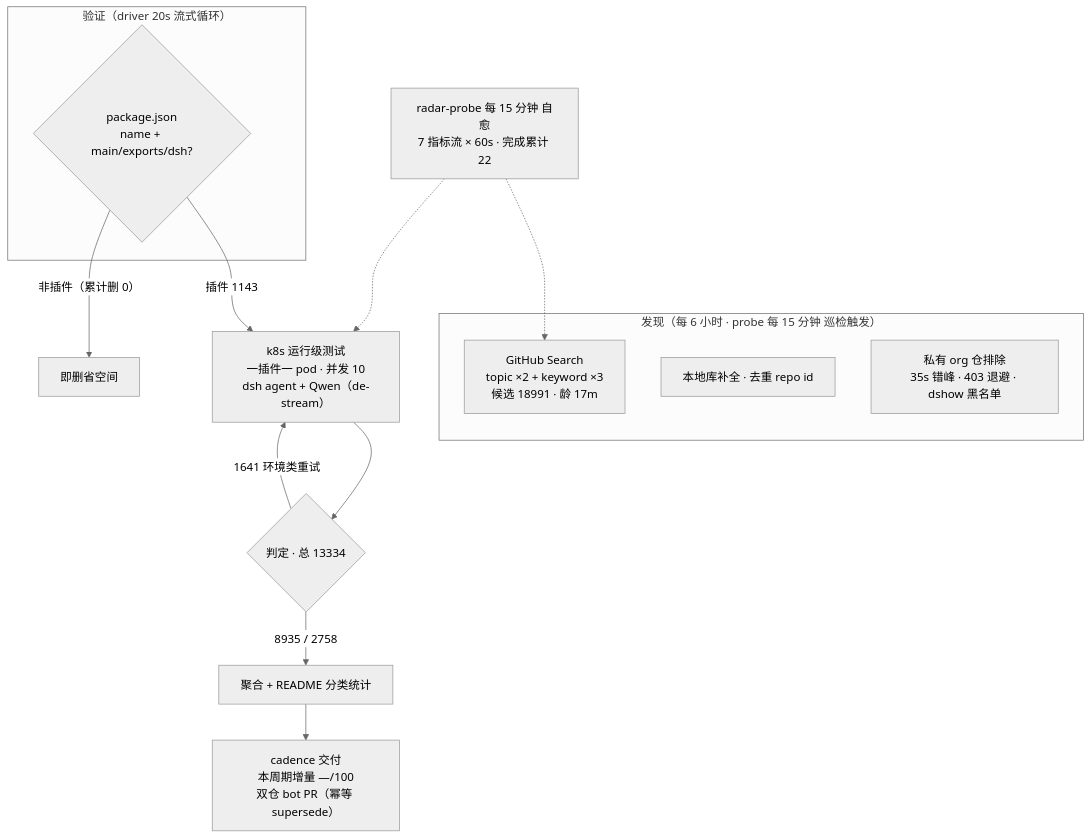
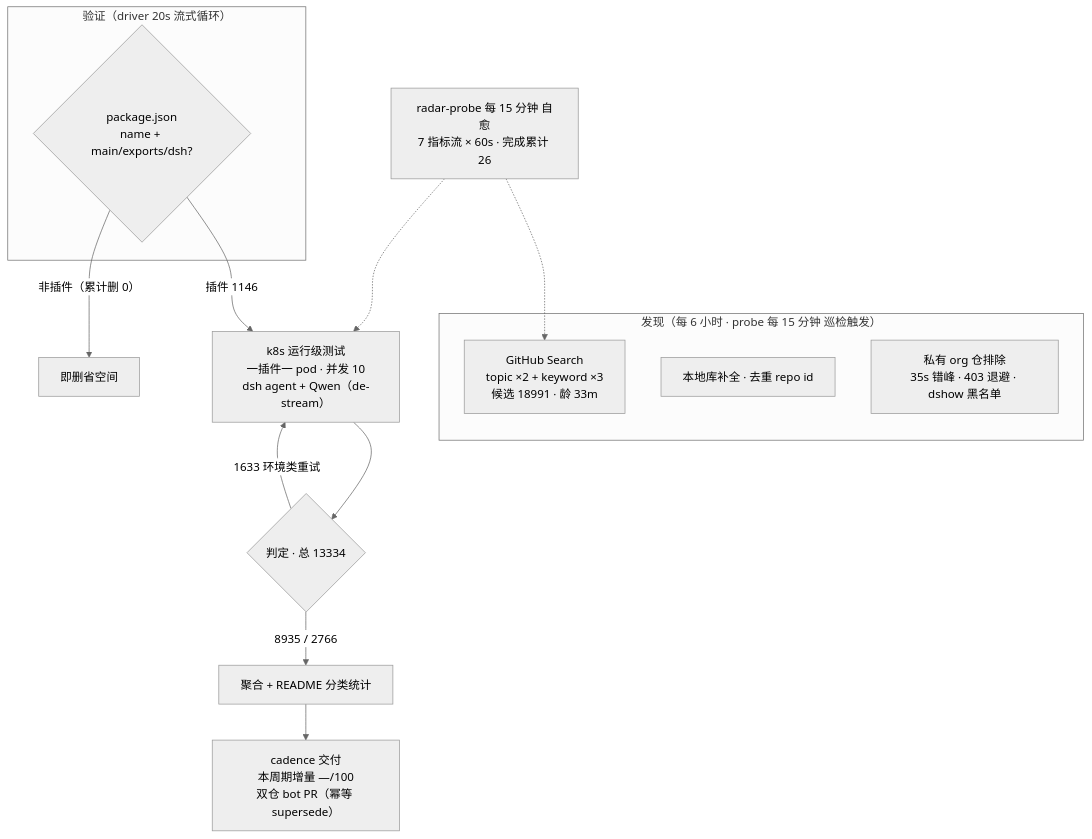
Before and after one commit to Zhidao-Lab-OSS/awesome-dsh-plugins: the diagram in README.md, drawn with Mermaid (neutral theme). The commit also changed other lines of this file and 1 other file, not shown here.

````diff
--- a/README.md
+++ b/README.md
@@ -52,20 +53,20 @@
 ```mermaid
 flowchart TB
     subgraph Discovery["发现（每 6 小时 · probe 每 15 分钟 巡检触发）"]
-        A1["GitHub Search<br/>topic ×2 + keyword ×3<br/>候选 18991 · 龄 17m"]
+        A1["GitHub Search<br/>topic ×2 + keyword ×3<br/>候选 18991 · 龄 33m"]
         A2["本地库补全 · 去重 repo id"]
         A3["私有 org 仓排除<br/>35s 错峰 · 403 退避 · dshow 黑名单"]
     end
     subgraph Validation["验证（driver 20s 流式循环）"]
         B1{"package.json<br/>name + main/exports/dsh?"}
     end
-    B1 -->|"插件 1143"| C1["k8s 运行级测试<br/>一插件一 pod · 并发 10<br/>dsh agent + Qwen（de-stream）"]
+    B1 -->|"插件 1146"| C1["k8s 运行级测试<br/>一插件一 pod · 并发 10<br/>dsh agent + Qwen（de-stream）"]
     B1 -->|"非插件（累计删 0）"| B3["即删省空间"]
     C1 --> D1{"判定 · 总 13334"}
-    D1 -->|"8935 / 2758"| E1["聚合 + README 分类统计"]
-    D1 -->|"1641 环境类重试"| C1
+    D1 -->|"8935 / 2766"| E1["聚合 + README 分类统计"]
+    D1 -->|"1633 环境类重试"| C1
     E1 --> E2["cadence 交付<br/>本周期增量 —/100<br/>双仓 bot PR（幂等 supersede）"]
-    M["radar-probe 每 15 分钟 自愈<br/>7 指标流 × 60s · 完成累计 22"]
+    M["radar-probe 每 15 分钟 自愈<br/>7 指标流 × 60s · 完成累计 26"]
     M -.-> A1
     M -.-> C1
 ```
````
